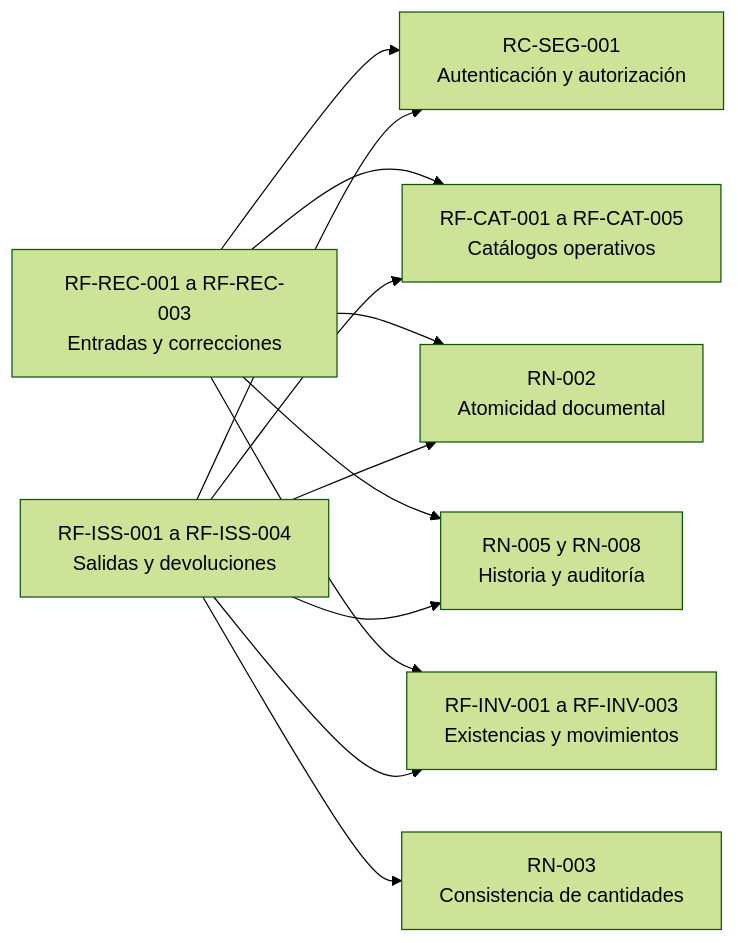
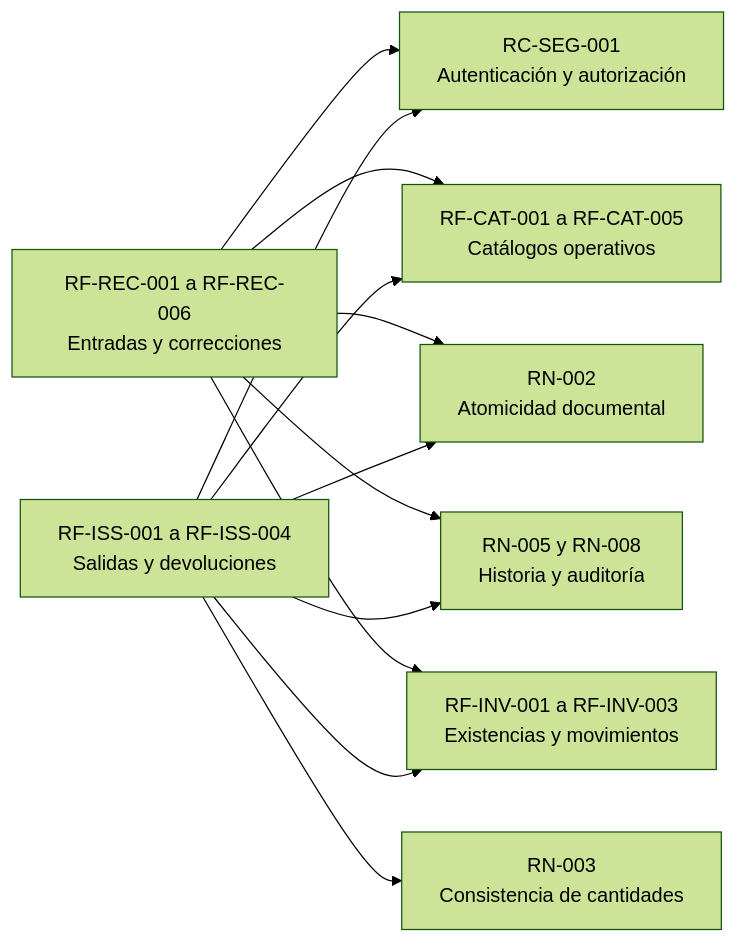
Before and after one commit to gpgsistemas01/nexus: the first of 15 diagrams in docs/requirements/requirements-diagrams.md, drawn with Mermaid (forest theme). The commit also changed other lines of this file and 9 other files, not shown here.

Commit message:
docs: organize architecture views by viewpoint

````diff
--- a/docs/requirements/requirements-diagrams.md
+++ b/docs/requirements/requirements-diagrams.md
@@ -19,23 +19,23 @@
 ```mermaid
 flowchart LR
     auth["RC-SEG-001\nAutenticación y autorización"]
     atomic["RN-002\nAtomicidad documental"]
     quantities["RN-003\nConsistencia de cantidades"]
     trace["RN-005 y RN-008\nHistoria y auditoría"]
     catalogs["RF-CAT-001 a RF-CAT-005\nCatálogos operativos"]
-    receipts["RF-REC-001 a RF-REC-003\nEntradas y correcciones"]
+    receipts["RF-REC-001 a RF-REC-006\nEntradas y correcciones"]
     issues["RF-ISS-001 a RF-ISS-004\nSalidas y devoluciones"]
     inventory["RF-INV-001 a RF-INV-003\nExistencias y movimientos"]
 
     receipts --> auth
     receipts --> catalogs
     receipts --> atomic
     receipts --> trace
     issues --> auth
     issues --> catalogs
     issues --> atomic
     issues --> quantities
     issues --> trace
     receipts --> inventory
     issues --> inventory
 ```
````
